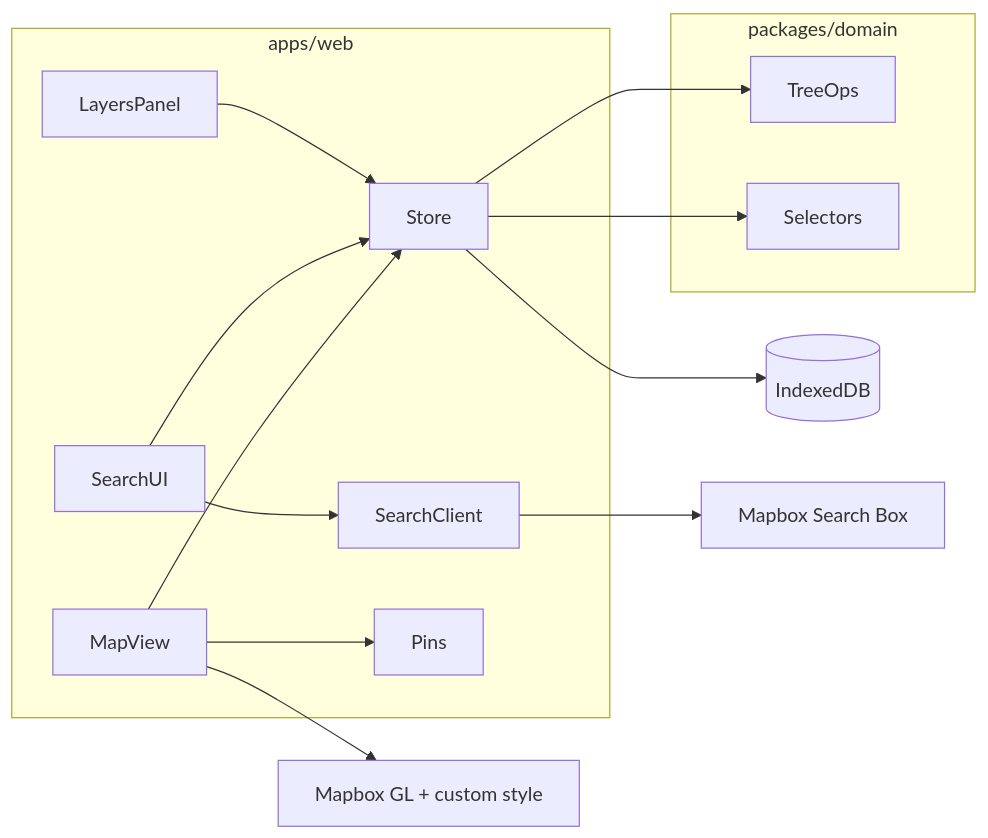
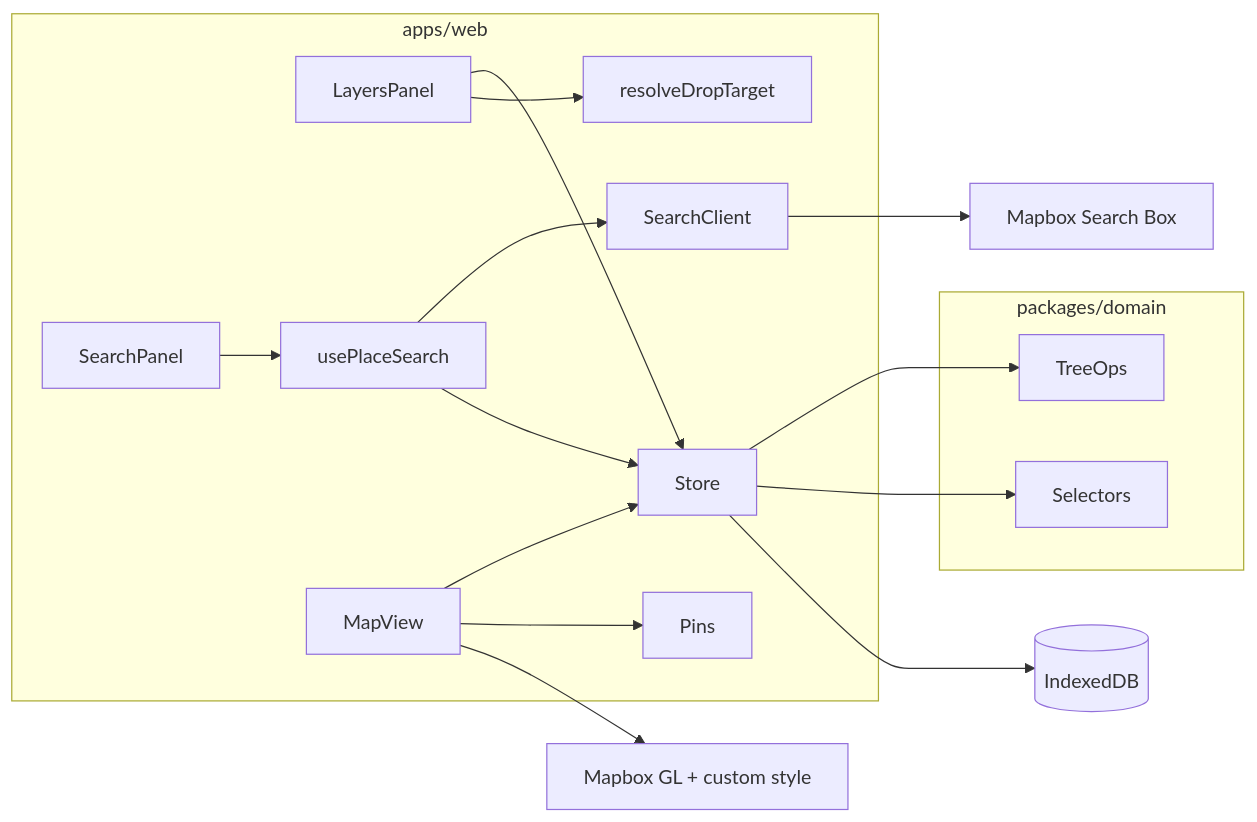
One commit to louismcohen/map-layers changed the diagram in docs/ARCHITECTURE.md. Above: the diagram before and after it, drawn with Mermaid. The commit also changed other lines of this file and 19 other files, not shown here.

````diff
--- a/docs/ARCHITECTURE.md
+++ b/docs/ARCHITECTURE.md
@@ -141,19 +152,22 @@
 ```mermaid
 flowchart LR
   subgraph ui [apps/web]
     LayersPanel --> Store
-    SearchUI --> SearchClient
-    SearchUI --> Store
+    LayersPanel --> resolveDropTarget
+    SearchPanel --> usePlaceSearch
+    usePlaceSearch --> SearchClient
+    usePlaceSearch --> Store
     MapView --> Store
     MapView --> Pins
   end
   subgraph domain [packages/domain]
     TreeOps
     Selectors
+    resolveDropTarget
   end
   Store --> TreeOps
   Store --> Selectors
   Store --> IDB[(IndexedDB)]
   SearchClient --> MapboxSearch[Mapbox Search Box]
   MapView --> MapboxGL[Mapbox GL + custom style]
 ```
````
